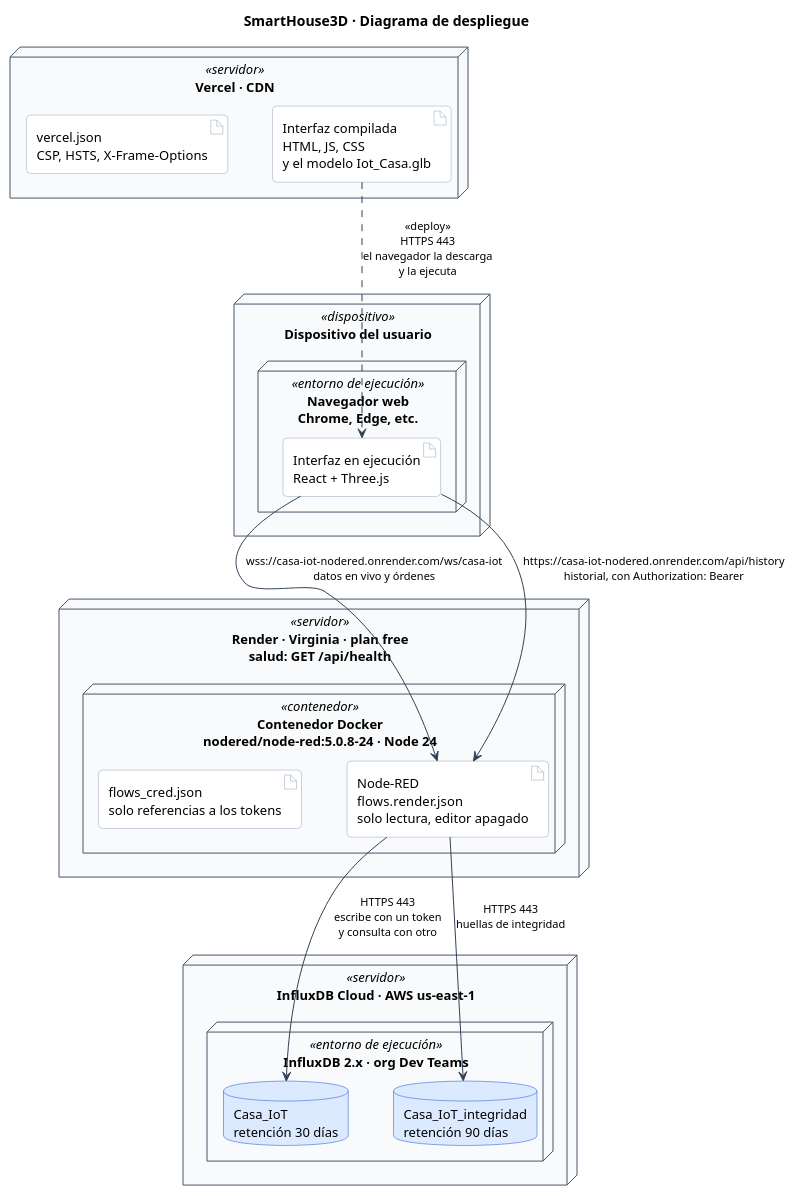
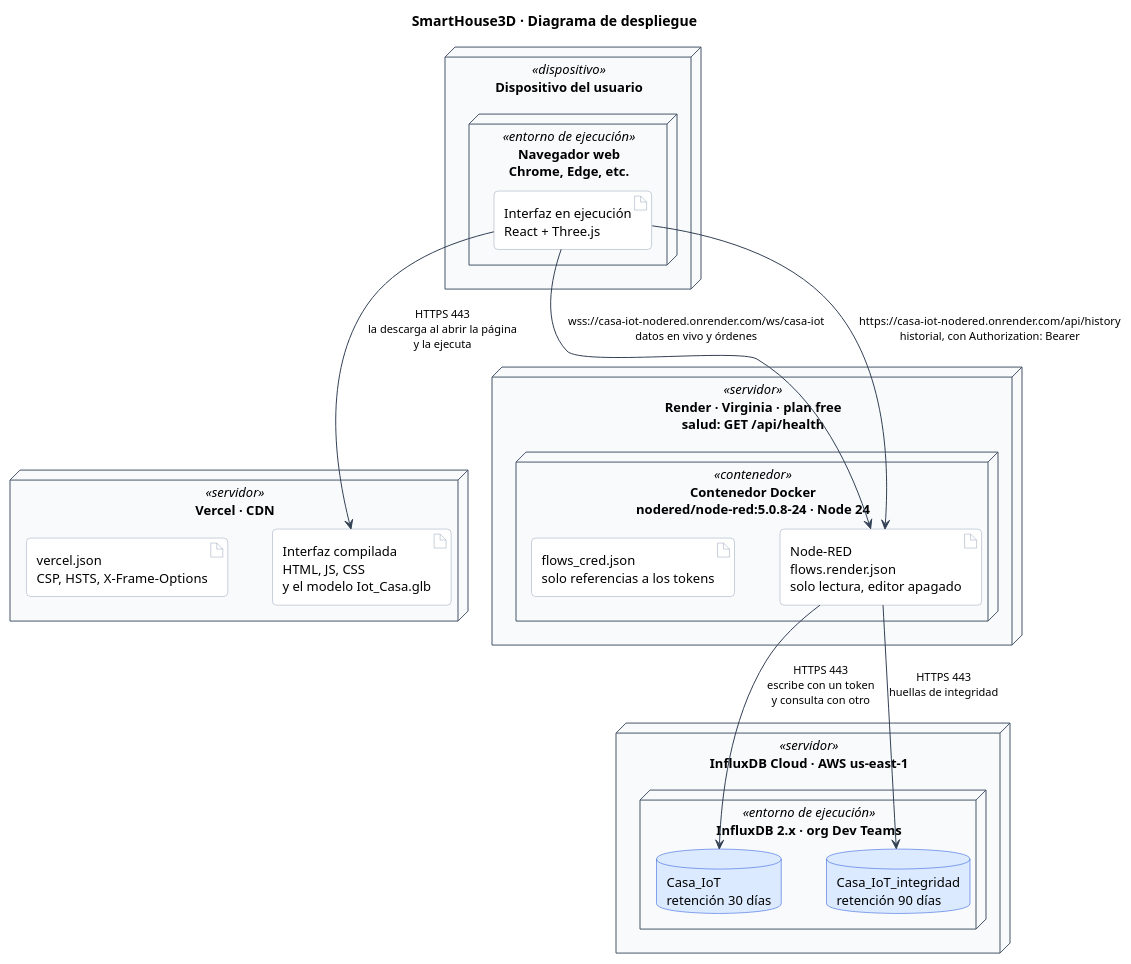
The diagram in docs/diagramas/despliegue.puml (WilderG2004/SmartHouse3D), drawn with PlantUML before and after one commit. The commit also changed 1 other file, not shown here.

```diff
--- a/docs/diagramas/despliegue.puml
+++ b/docs/diagramas/despliegue.puml
@@ -1,65 +1,65 @@
 @startuml despliegue
 ' Despliegue del sistema PUBLICADO. Una sola instancia de cada cosa.
 ' Comprobado en:
 '   vercel.json                      CSP: wss:// y https:// casa-iot-nodered.onrender.com
 '   render.yaml                      servicio casa-iot-nodered, plan free, Virginia, /api/health
 '   infra/nodered/Dockerfile.render  imagen nodered/node-red:5.0.8-24 (Node 24)
 '   infra/nodered/flows.render.json  org Dev Teams, buckets Casa_IoT y Casa_IoT_integridad
 '   infra/nodered/tools/build-flows.mts   rutas /ws/casa-iot y /api
 '   src/config/house.config.ts       MODEL_URL = /Iot_Casa.glb
 title SmartHouse3D · Diagrama de despliegue
 
 skinparam backgroundColor White
 skinparam shadowing false
 skinparam defaultFontName Helvetica
 skinparam defaultFontSize 13
 skinparam roundcorner 8
 skinparam ArrowColor #334155
 skinparam ArrowFontSize 11
 skinparam nodesep 45
 skinparam ranksep 70
 skinparam node {
   BackgroundColor #F8FAFC
   BorderColor #475569
 }
 skinparam artifact {
   BackgroundColor #FFFFFF
   BorderColor #94A3B8
 }
 skinparam database {
   BackgroundColor #DBEAFE
   BorderColor #1D4ED8
 }
 
 node "Dispositivo del usuario" <<dispositivo>> {
   node "Navegador web\nChrome, Edge, etc." <<entorno de ejecución>> {
     artifact "Interfaz en ejecución\nReact + Three.js" as ui
   }
 }
 
 node "Vercel · CDN" <<servidor>> {
   artifact "Interfaz compilada\nHTML, JS, CSS\ny el modelo Iot_Casa.glb" as dist
   artifact "vercel.json\nCSP, HSTS, X-Frame-Options" as csp
 }
 
 node "Render · Virginia · plan free\nsalud: GET /api/health" <<servidor>> {
   node "Contenedor Docker\nnodered/node-red:5.0.8-24 · Node 24" <<contenedor>> {
     artifact "Node-RED\nflows.render.json\nsolo lectura, editor apagado" as nodered
     artifact "flows_cred.json\nsolo referencias a los tokens" as cred
   }
 }
 
 node "InfluxDB Cloud · AWS us-east-1" <<servidor>> {
   node "InfluxDB 2.x · org Dev Teams" <<entorno de ejecución>> {
     database "Casa_IoT\nretención 30 días" as bdatos
     database "Casa_IoT_integridad\nretención 90 días" as bhuellas
   }
 }
 
-dist ..> ui : "<<deploy>>\nHTTPS 443\nel navegador la descarga\ny la ejecuta"
+ui --> dist : "HTTPS 443\nla descarga al abrir la página\ny la ejecuta"
 ui --> nodered : "wss://casa-iot-nodered.onrender.com/ws/casa-iot\ndatos en vivo y órdenes"
 ui --> nodered : "https://casa-iot-nodered.onrender.com/api/history\nhistorial, con Authorization: Bearer"
 nodered --> bdatos : "HTTPS 443\nescribe con un token\ny consulta con otro"
 nodered --> bhuellas : "HTTPS 443\nhuellas de integridad"
 
 @enduml
```
